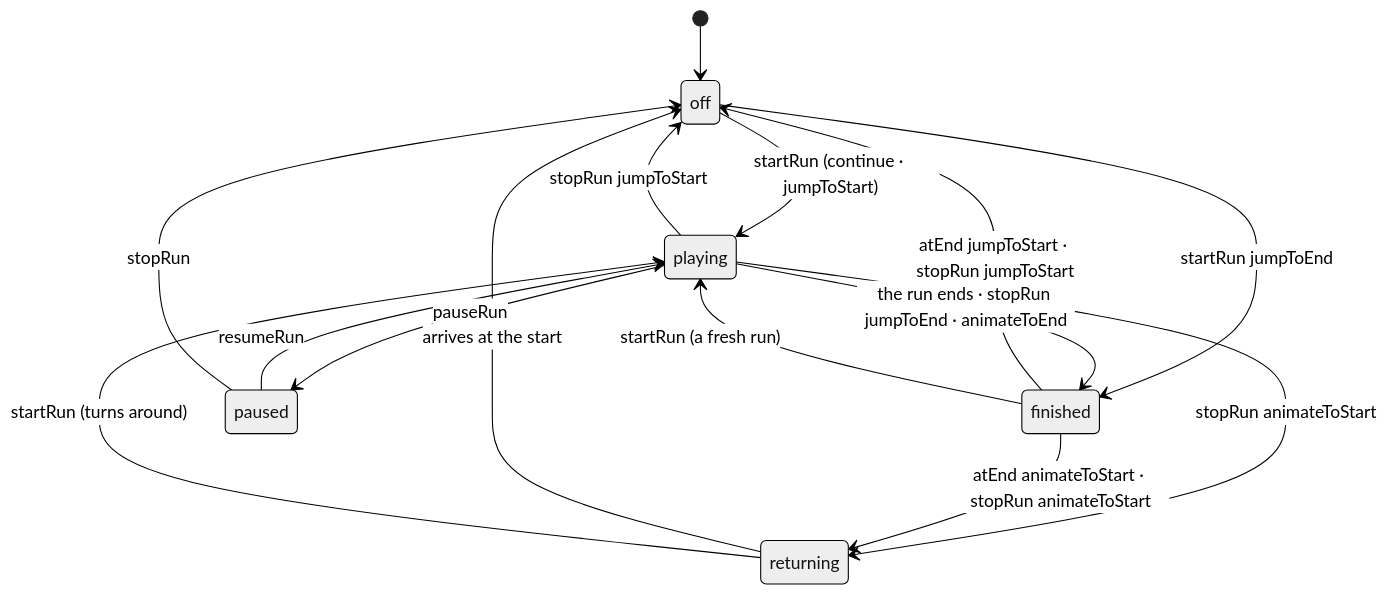
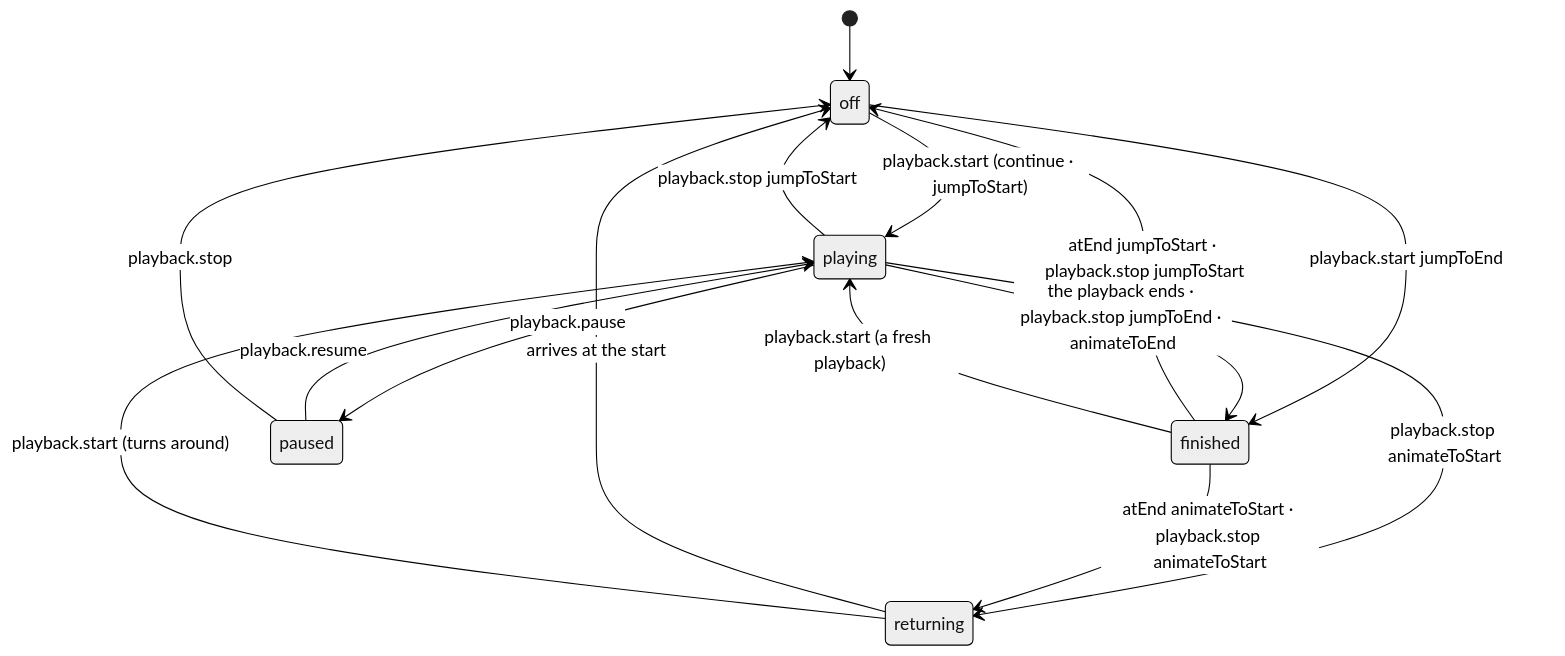
One commit to pixodesk/pixodesk-svg-animator changed the second of 2 diagrams in dev-docs/plans/animation-state.brainstorm.md. Above: the diagram before and after it, drawn with Mermaid (neutral theme). The commit also changed other lines of this file and 264 other files, not shown here.

Commit message:
Rename "run" to "playback": player.startRun() becomes player.playback.start(), files write "playback.start", and play()/pause() are removed

````diff
--- a/dev-docs/plans/animation-state.brainstorm.md
+++ b/dev-docs/plans/animation-state.brainstorm.md
@@ -267,17 +271,17 @@
 ```mermaid
 stateDiagram-v2
   [*] --> off
-  off --> playing: startRun (continue · jumpToStart)
-  off --> finished: startRun jumpToEnd
-  playing --> paused: pauseRun
-  paused --> playing: resumeRun
-  playing --> off: stopRun jumpToStart
-  playing --> returning: stopRun animateToStart
-  paused --> off: stopRun
+  off --> playing: playback.start (continue · jumpToStart)
+  off --> finished: playback.start jumpToEnd
+  playing --> paused: playback.pause
+  paused --> playing: playback.resume
+  playing --> off: playback.stop jumpToStart
+  playing --> returning: playback.stop animateToStart
+  paused --> off: playback.stop
   returning --> off: arrives at the start
-  returning --> playing: startRun (turns around)
-  playing --> finished: the run ends · stopRun jumpToEnd · animateToEnd
-  finished --> off: atEnd jumpToStart · stopRun jumpToStart
-  finished --> returning: atEnd animateToStart · stopRun animateToStart
-  finished --> playing: startRun (a fresh run)
+  returning --> playing: playback.start (turns around)
+  playing --> finished: the playback ends · playback.stop jumpToEnd · animateToEnd
+  finished --> off: atEnd jumpToStart · playback.stop jumpToStart
+  finished --> returning: atEnd animateToStart · playback.stop animateToStart
+  finished --> playing: playback.start (a fresh playback)
 ```
````
